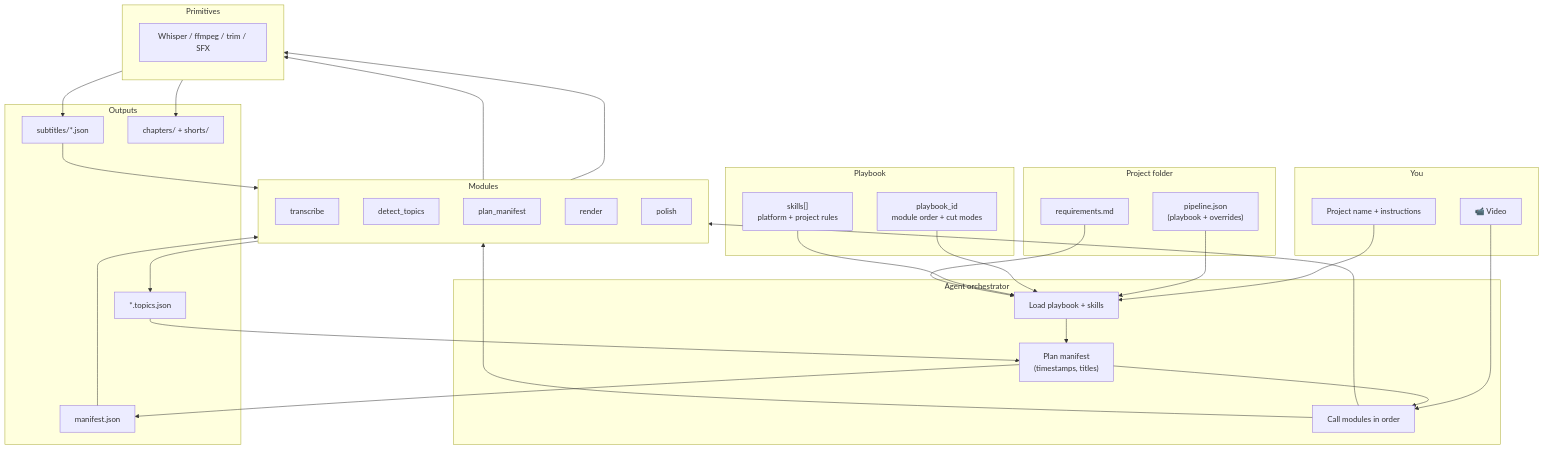
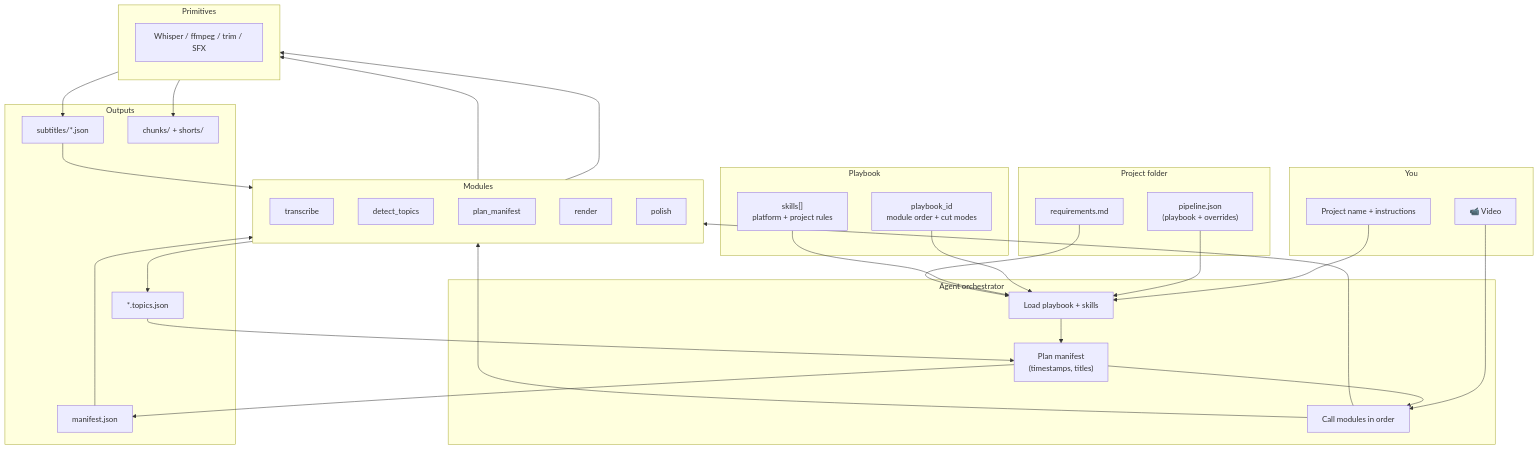
The diagram in planning/playbooks.md (Tipper-Network/video-shorts-extractor), drawn with Mermaid before and after one commit. The commit also changed other lines of this file and 80 other files, not shown here.

````diff
--- a/planning/playbooks.md
+++ b/planning/playbooks.md
@@ -31,59 +31,59 @@
 ```mermaid
 flowchart TB
   subgraph YOU["You"]
     V["📹 Video"]
     P["Project name + instructions"]
   end
 
   subgraph PLAYBOOK["Playbook"]
     PB["playbook_id<br/>module order + cut modes"]
     SK["skills[]<br/>platform + project rules"]
   end
 
   subgraph PROJECT["Project folder"]
     REQ["requirements.md"]
     PIPE["pipeline.json<br/>(playbook + overrides)"]
   end
 
   subgraph AGENT["Agent orchestrator"]
     READ["Load playbook + skills"]
     PLAN["Plan manifest<br/>(timestamps, titles)"]
     RUN["Call modules in order"]
   end
 
   subgraph MODULES["Modules"]
     direction TB
     M1["transcribe"]
     M2["detect_topics"]
     M3["plan_manifest"]
     M4["render"]
     M5["polish"]
   end
 
   subgraph PRIMITIVES["Primitives"]
     direction TB
     PR1["Whisper / ffmpeg / trim / SFX"]
   end
 
   subgraph OUT["Outputs"]
     DOC["subtitles/*.json"]
     TOP["*.topics.json"]
     MAN["manifest.json"]
-    VID["chapters/ + shorts/"]
+    VID["chunks/ + shorts/"]
   end
 
   V --> RUN
   P --> READ
   PIPE --> READ
   PB --> READ
   SK --> READ
   REQ --> READ
   READ --> PLAN
   PLAN --> MAN
   PLAN --> RUN
   RUN --> M1 --> PR1 --> DOC
   DOC --> M2 --> TOP
   TOP --> PLAN
   MAN --> M4 --> PR1 --> VID
   RUN --> M5
 ```
````
